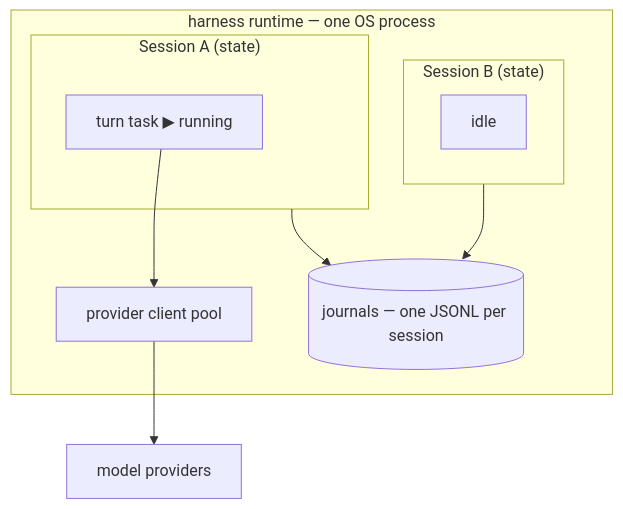
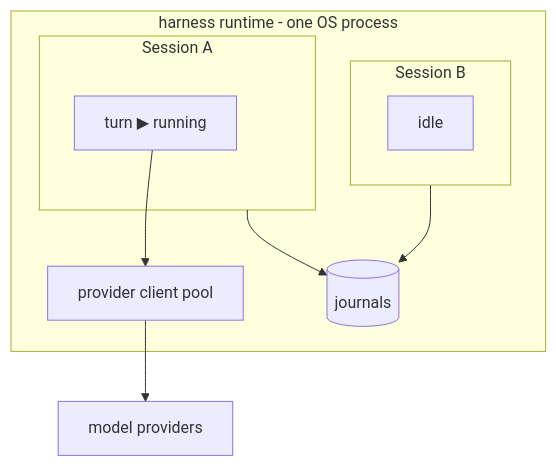
One commit to artemgoncharuk/agentty changed the first of 3 diagrams in docs/plans/2026-07-05-ag-harness-vision.md. Above: the diagram before and after it, drawn with Mermaid. The commit also changed other lines of this file, not shown here.

Commit message:
Refine ag-harness vision

````diff
--- a/docs/plans/2026-07-05-ag-harness-vision.md
+++ b/docs/plans/2026-07-05-ag-harness-vision.md
@@ -51,17 +30,17 @@
 ```mermaid
 flowchart TB
-    subgraph P["harness runtime — one OS process"]
-        subgraph SA["Session A (state)"]
-            TA["turn task ▶ running"]
+    subgraph P["harness runtime - one OS process"]
+        subgraph SA["Session A"]
+            TA["turn ▶ running"]
         end
-        subgraph SB["Session B (state)"]
+        subgraph SB["Session B"]
             TB["idle"]
         end
         POOL["provider client pool"]
-        J[("journals — one JSONL per session")]
+        J[("journals")]
     end
     SA --> J
     SB --> J
     TA --> POOL
     POOL --> M["model providers"]
 ```
````
